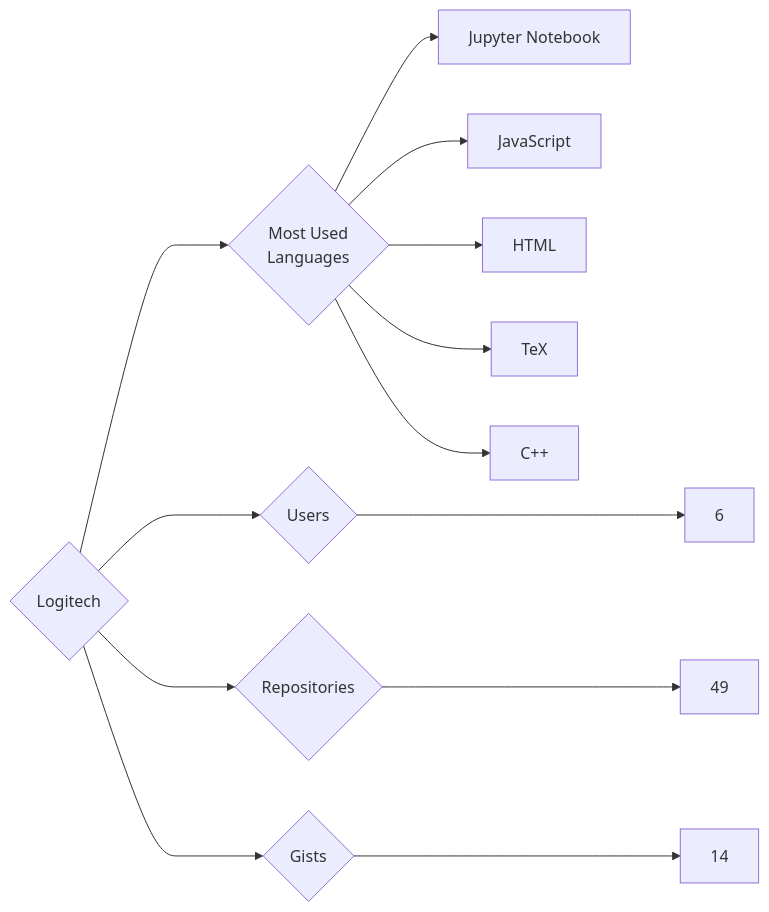
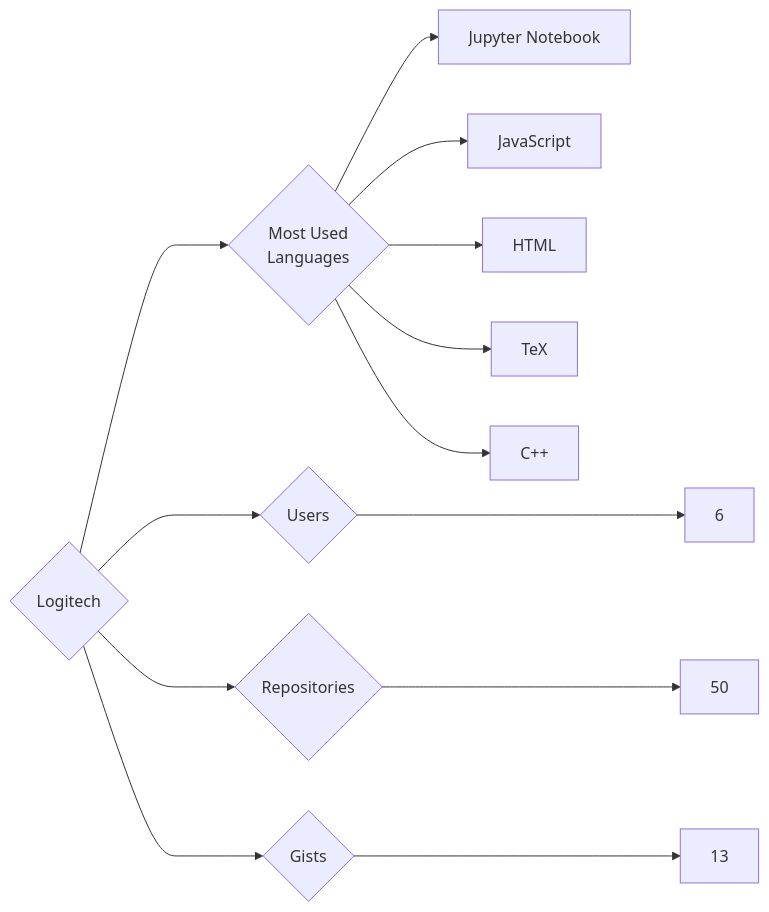
Before and after one commit to trickest/insiders: the diagram in targets/Logitech/README.md, drawn with Mermaid. The commit also changed 622 other files, not shown here.

````diff
--- a/targets/Logitech/README.md
+++ b/targets/Logitech/README.md
@@ -3,13 +3,13 @@
 ```mermaid
 graph LR
 COMPANY_NAME{Logitech}
 COMPANY_NAME ---> U{Users} ---> UN[6]
-COMPANY_NAME ---> R{Repositories} ---> RN[49]
-COMPANY_NAME ---> G{Gists} ---> GN[14]
+COMPANY_NAME ---> R{Repositories} ---> RN[50]
+COMPANY_NAME ---> G{Gists} ---> GN[13]
 COMPANY_NAME ---> ML{Most Used<br>Languages}
 ML --> Jupyter_Notebook[Jupyter Notebook]
 ML --> JavaScript[JavaScript]
 ML --> HTML[HTML]
 ML --> TeX[TeX]
 ML --> C++[C++]
 ```
````
